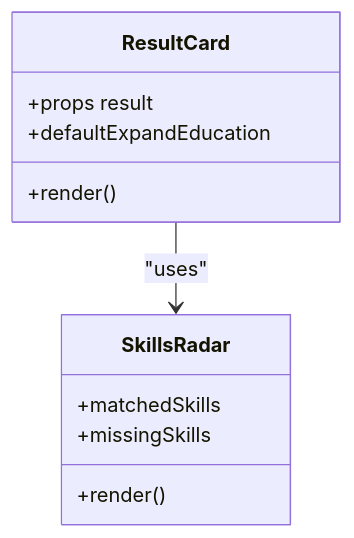
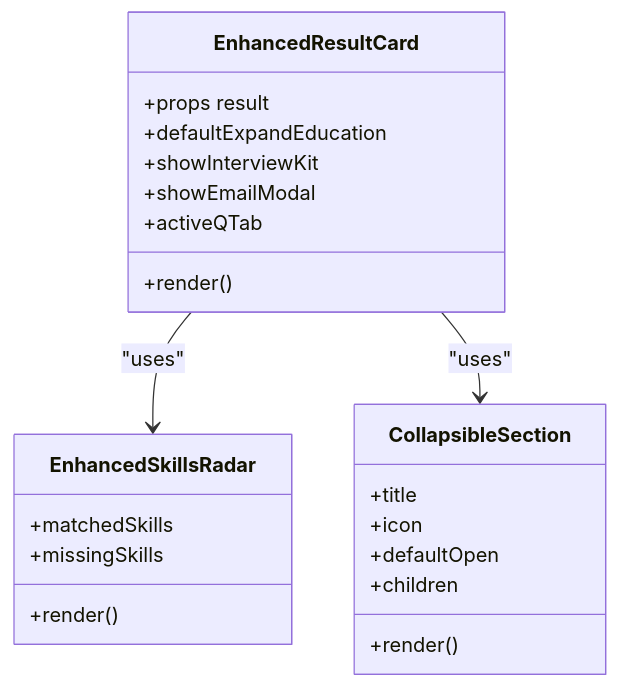
One commit to Revanththetalogics/aireume changed the fourth of 9 diagrams in .qoder/repowiki/en/content/Reporting & Analytics/Comparison & Visualization.md. Above: the diagram before and after it, drawn with Mermaid. The commit also changed other lines of this file and 6 other files, not shown here.

````diff
--- a/.qoder/repowiki/en/content/Reporting & Analytics/Comparison & Visualization.md
+++ b/.qoder/repowiki/en/content/Reporting & Analytics/Comparison & Visualization.md
@@ -181,14 +199,25 @@
 ```mermaid
 classDiagram
-class ResultCard {
+class EnhancedResultCard {
 +props result
 +defaultExpandEducation
++showInterviewKit
++showEmailModal
++activeQTab
 +render()
 }
-class SkillsRadar {
+class EnhancedSkillsRadar {
 +matchedSkills
 +missingSkills
 +render()
 }
-ResultCard --> SkillsRadar : "uses"
+class CollapsibleSection {
++title
++icon
++defaultOpen
++children
++render()
+}
+EnhancedResultCard --> EnhancedSkillsRadar : "uses"
+EnhancedResultCard --> CollapsibleSection : "uses"
 ```
````
